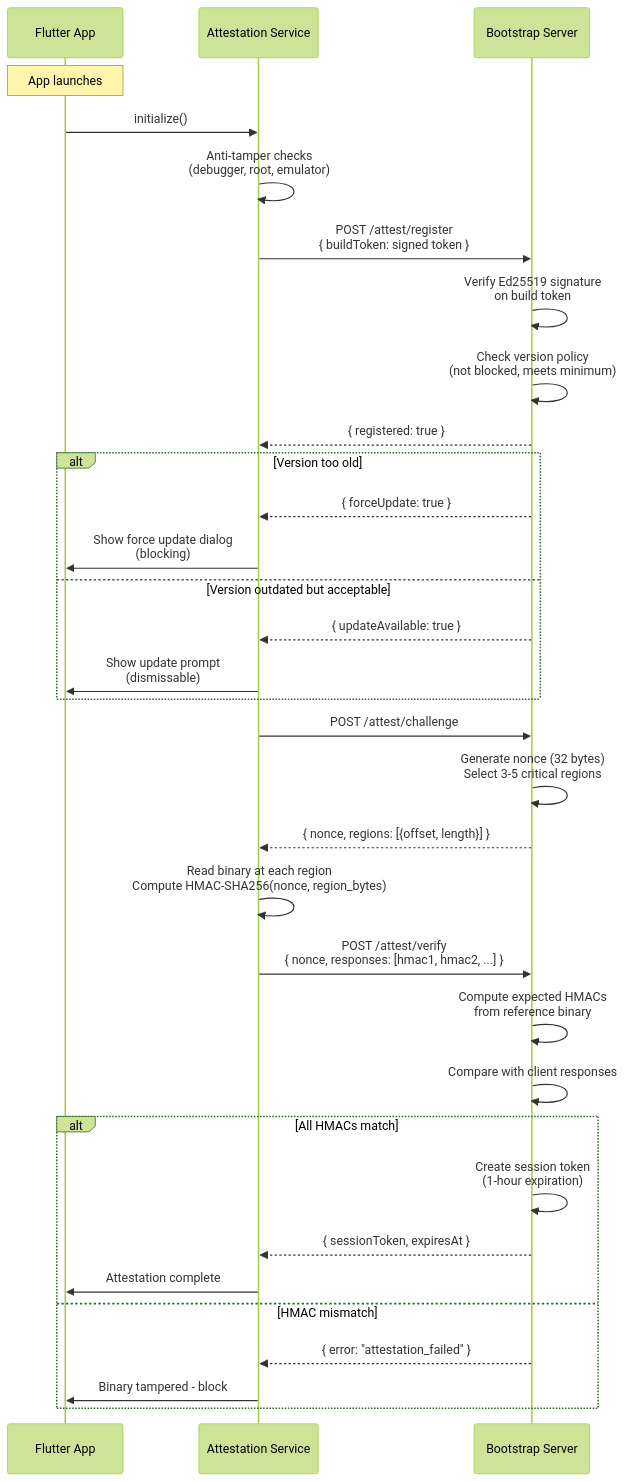
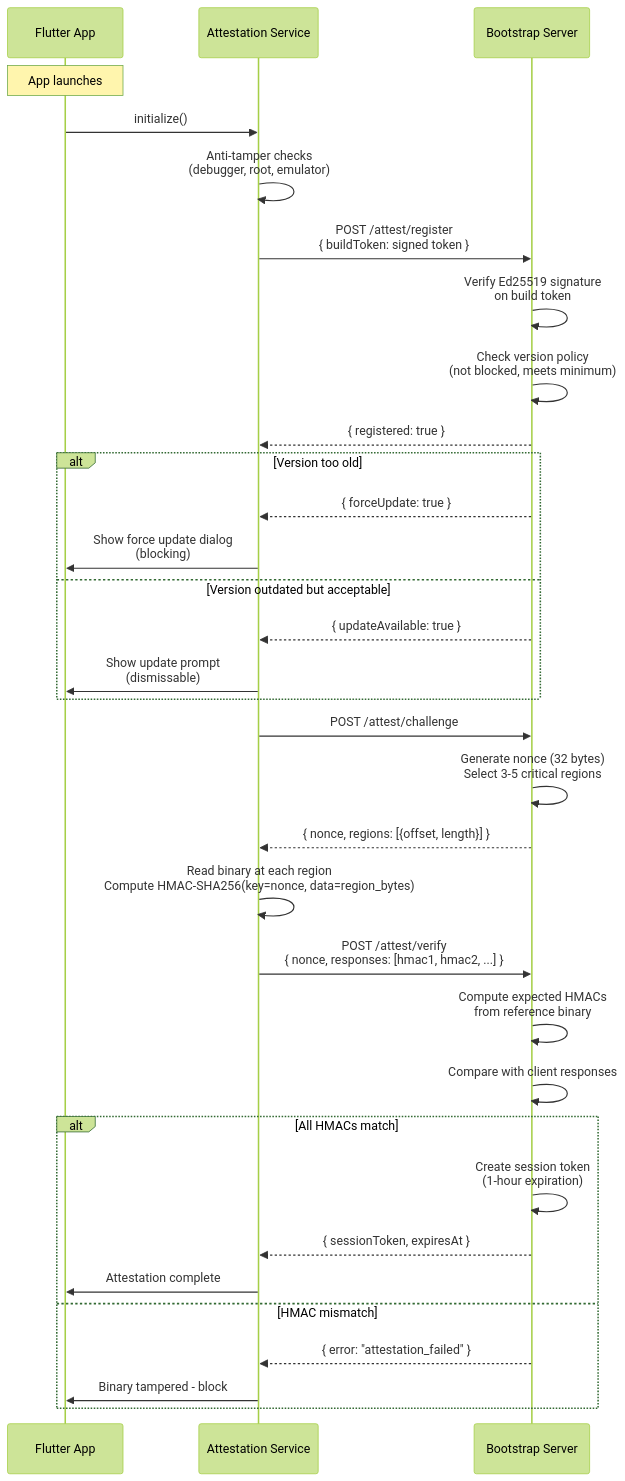
The diagram in packages/wiki/App-Attestation.md (Hamza-Labs-Core/zajel), drawn with Mermaid (forest theme) before and after one commit. The commit also changed other lines of this file and 15 other files, not shown here.

````diff
--- a/packages/wiki/App-Attestation.md
+++ b/packages/wiki/App-Attestation.md
@@ -9,44 +9,44 @@
 ```mermaid
 sequenceDiagram
     participant App as Flutter App
     participant AT as Attestation Service
     participant Server as Bootstrap Server
 
     Note over App: App launches
 
     App->>AT: initialize()
 
     AT->>AT: Anti-tamper checks<br/>(debugger, root, emulator)
 
     AT->>Server: POST /attest/register<br/>{ buildToken: signed token }
     Server->>Server: Verify Ed25519 signature<br/>on build token
     Server->>Server: Check version policy<br/>(not blocked, meets minimum)
     Server-->>AT: { registered: true }
 
     alt Version too old
         Server-->>AT: { forceUpdate: true }
         AT->>App: Show force update dialog<br/>(blocking)
     else Version outdated but acceptable
         Server-->>AT: { updateAvailable: true }
         AT->>App: Show update prompt<br/>(dismissable)
     end
 
     AT->>Server: POST /attest/challenge
     Server->>Server: Generate nonce (32 bytes)<br/>Select 3-5 critical regions
     Server-->>AT: { nonce, regions: [{offset, length}] }
 
-    AT->>AT: Read binary at each region<br/>Compute HMAC-SHA256(nonce, region_bytes)
+    AT->>AT: Read binary at each region<br/>Compute HMAC-SHA256(key=nonce, data=region_bytes)
 
     AT->>Server: POST /attest/verify<br/>{ nonce, responses: [hmac1, hmac2, ...] }
     Server->>Server: Compute expected HMACs<br/>from reference binary
     Server->>Server: Compare with client responses
 
     alt All HMACs match
         Server->>Server: Create session token<br/>(1-hour expiration)
         Server-->>AT: { sessionToken, expiresAt }
         AT->>App: Attestation complete
     else HMAC mismatch
         Server-->>AT: { error: "attestation_failed" }
         AT->>App: Binary tampered - block
     end
 ```
````
